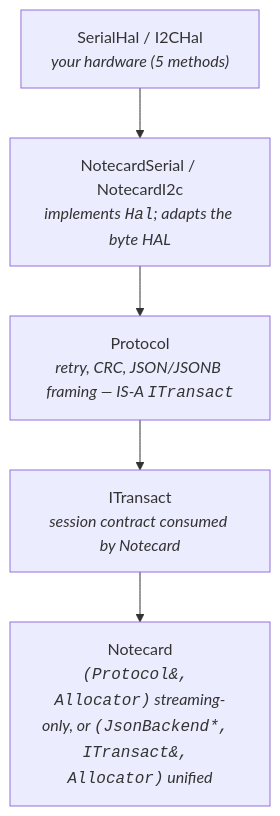
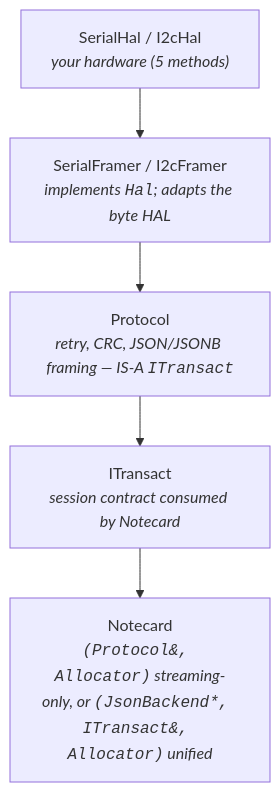
The diagram in docs/internal/streaming-transport.md (m-mcgowan/note-cpp), drawn with Mermaid before and after one commit. The commit also changed other lines of this file and 58 other files, not shown here.

````diff
--- a/docs/internal/streaming-transport.md
+++ b/docs/internal/streaming-transport.md
@@ -59,9 +59,9 @@
 ```mermaid
 flowchart TD
-    hw["SerialHal / I2CHal<br/><i>your hardware (5 methods)</i>"]
-    framer["NotecardSerial / NotecardI2c<br/><i>implements <tt>Hal</tt>; adapts the byte HAL</i>"]
+    hw["SerialHal / I2cHal<br/><i>your hardware (5 methods)</i>"]
+    framer["SerialFramer / I2cFramer<br/><i>implements <tt>Hal</tt>; adapts the byte HAL</i>"]
     protocol["Protocol<br/><i>retry, CRC, JSON/JSONB framing — IS-A <tt>ITransact</tt></i>"]
     iface["ITransact<br/><i>session contract consumed by Notecard</i>"]
     notecard["Notecard<br/><i><tt>(Protocol&, Allocator)</tt> streaming-only, or <tt>(JsonBackend*, ITransact&, Allocator)</tt> unified</i>"]
     hw --> framer --> protocol --> iface --> notecard
 ```
````
